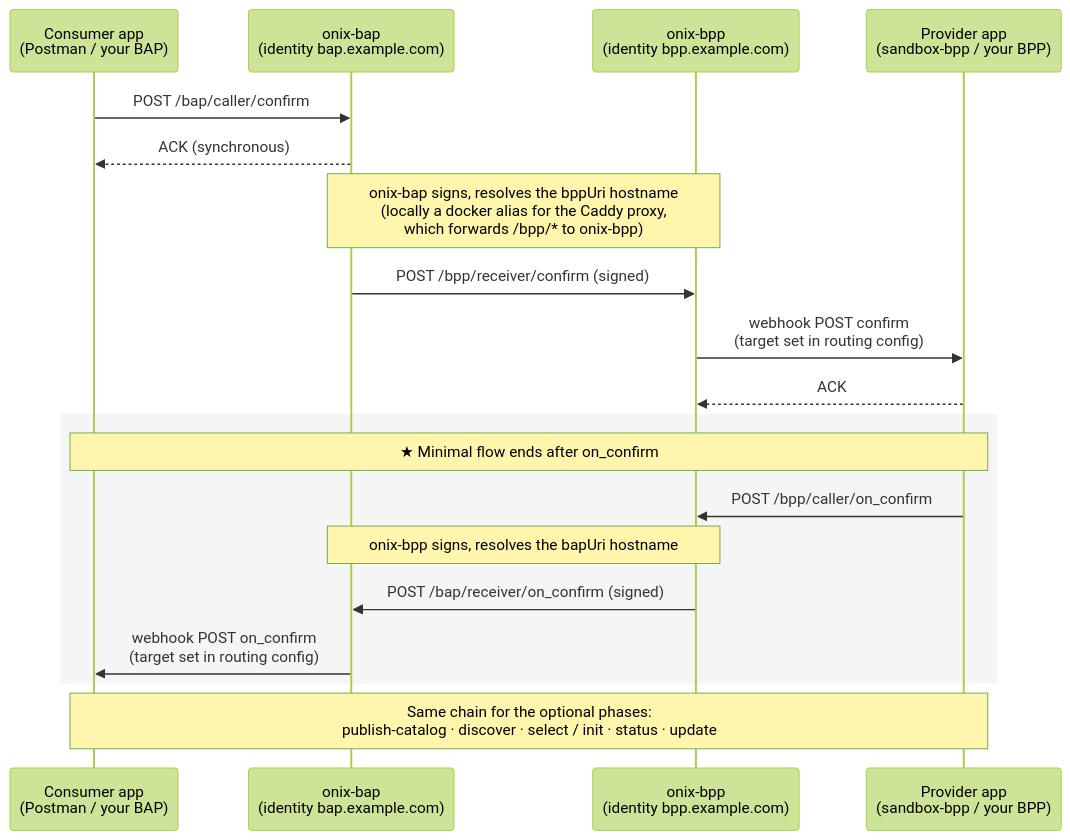
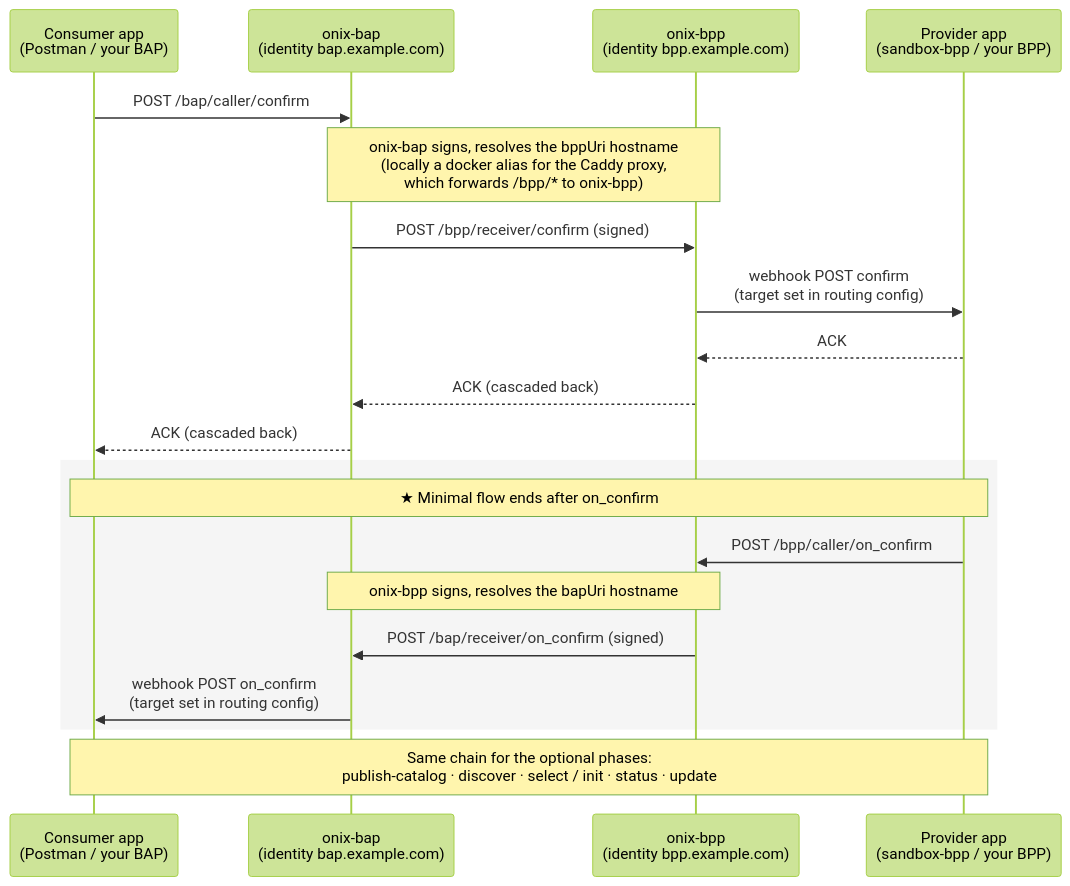
Before and after one commit to India-Energy-Stack/ies-accelerator: the diagram in data-exchange/appendix.md, drawn with Mermaid (forest theme). The commit also changed other lines of this file and 5 other files, not shown here.

First line of the commit message:
docs(data-exchange): ACK cascade in sequence diagram; quick-start as three phases

````diff
--- a/data-exchange/appendix.md
+++ b/data-exchange/appendix.md
@@ -98,24 +98,25 @@
 ```mermaid
 sequenceDiagram
     participant CON as Consumer app<br/>(Postman / your BAP)
     participant OBAP as onix-bap<br/>(identity bap.example.com)
     participant OBPP as onix-bpp<br/>(identity bpp.example.com)
     participant PRO as Provider app<br/>(sandbox-bpp / your BPP)
 
     CON->>OBAP: POST /bap/caller/confirm
-    OBAP-->>CON: ACK (synchronous)
     Note over OBAP,OBPP: onix-bap signs, resolves the bppUri hostname<br/>(locally a docker alias for the Caddy proxy,<br/>which forwards /bpp/* to onix-bpp)
     OBAP->>OBPP: POST /bpp/receiver/confirm (signed)
     OBPP->>PRO: webhook POST confirm<br/>(target set in routing config)
     PRO-->>OBPP: ACK
+    OBPP-->>OBAP: ACK (cascaded back)
+    OBAP-->>CON: ACK (cascaded back)
 
     rect rgb(245, 245, 245)
         Note over CON,PRO: ★ Minimal flow ends after on_confirm
         PRO->>OBPP: POST /bpp/caller/on_confirm
         Note over OBPP,OBAP: onix-bpp signs, resolves the bapUri hostname
         OBPP->>OBAP: POST /bap/receiver/on_confirm (signed)
         OBAP->>CON: webhook POST on_confirm<br/>(target set in routing config)
     end
 
     Note over CON,PRO: Same chain for the optional phases:<br/>publish-catalog · discover · select / init · status · update
 ```
````
